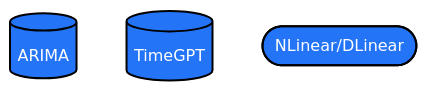
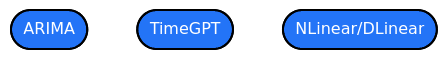
One commit to acatlin/mermaid changed the third of 4 diagrams in labels_blue.md. Above: the diagram before and after it, drawn with Mermaid.

Commit message:
Update labels_blue.md
blue

````diff
--- a/labels_blue.md
+++ b/labels_blue.md
@@ -39,17 +39,17 @@
 ```mermaid
 
 graph TD
 
   %% Colors %%
   classDef blue fill:#2374f7,stroke:#000,stroke-width:2px,color:#fff
   classDef orange fill:#fc822b,stroke:#000,stroke-width:2px,color:#fff
   classDef green fill:#16b552,stroke:#000,stroke-width:2px,color:#fff
   classDef red fill:#ed2633,stroke:#000,stroke-width:2px,color:#fff
   classDef magenta fill:magenta,stroke:#000,stroke-width:2px,color:#fff
   classDef s_p fill:#cf0029,stroke:#000,stroke-width:2px,color:#f7f7f7
 
-  A3[(ARIMA)]:::blue
-  B3[(TimeGPT)]:::blue
+  A3([ARIMA]):::blue
+  B3([TimeGPT]):::blue
   C3([NLinear/DLinear]):::blue
 
 ```
````
